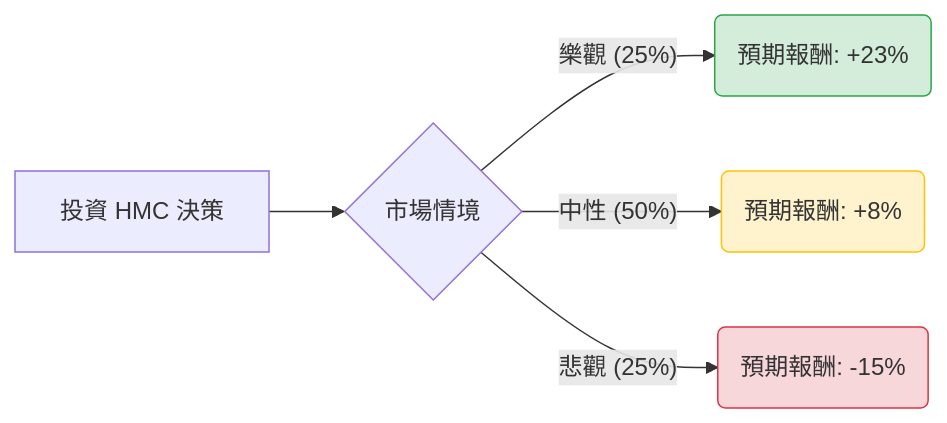
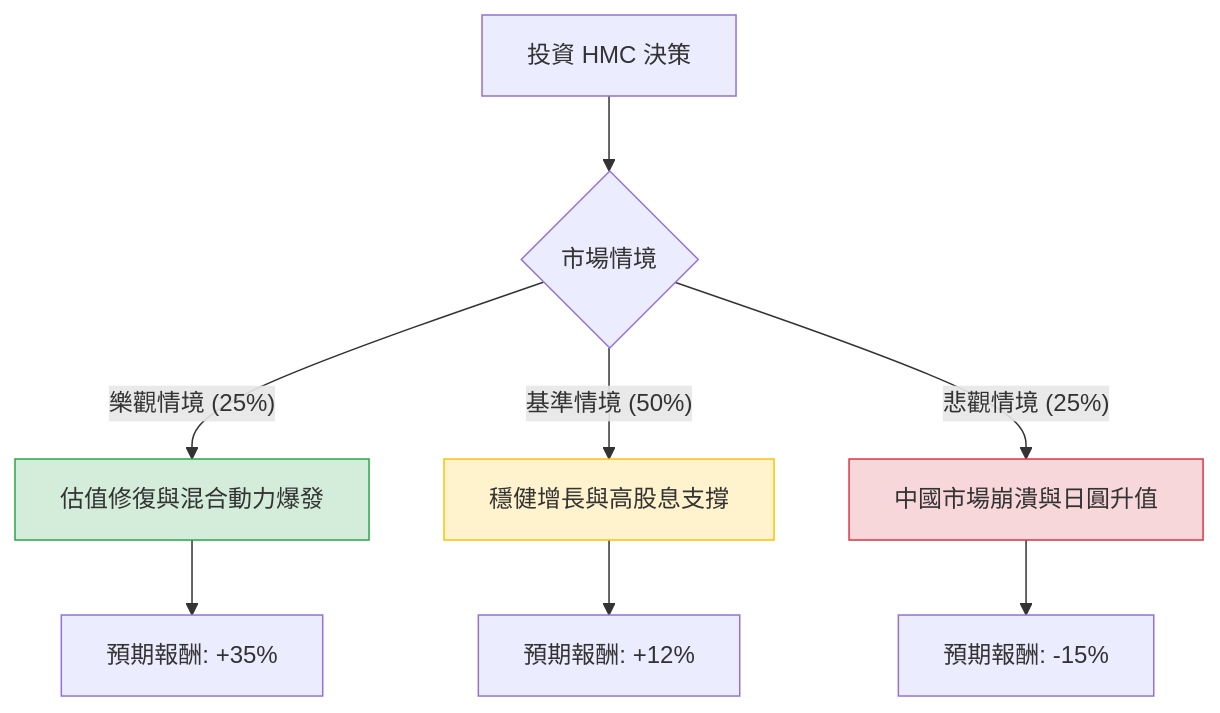
The diagram in plugin-react/ai-analysis/ev-analysis/HMC.md (zmcx16/zmcx16.github.io), drawn with Mermaid before and after one commit. The commit also changed other lines of this file and 63 other files, not shown here.

````diff
--- a/plugin-react/ai-analysis/ev-analysis/HMC.md
+++ b/plugin-react/ai-analysis/ev-analysis/HMC.md
@@ -20,12 +22,16 @@
 ```mermaid
-graph LR
+graph TD
     A[投資 HMC 決策] --> B{市場情境}
     
-    B -- 樂觀 (25%) --> C(預期報酬: +23%)
-    B -- 中性 (50%) --> D(預期報酬: +8%)
-    B -- 悲觀 (25%) --> E(預期報酬: -15%)
+    B -- 樂觀情境 (25%) --> C[估值修復與混合動力爆發]
+    B -- 基準情境 (50%) --> D[穩健增長與高股息支撐]
+    B -- 悲觀情境 (25%) --> E[中國市場崩潰與日圓升值]
+
+    C --> C1[預期報酬: +35%]
+    D --> D1[預期報酬: +12%]
+    E --> E1[預期報酬: -15%]
 
     style C fill:#d4edda,stroke:#28a745
     style D fill:#fff3cd,stroke:#ffc107
     style E fill:#f8d7da,stroke:#dc3545
 ```
````
